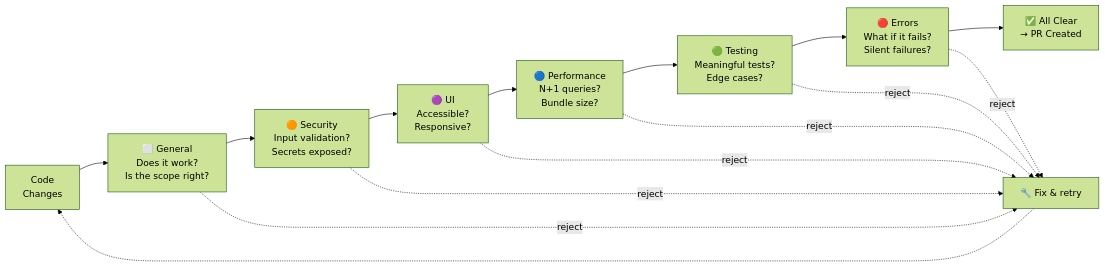
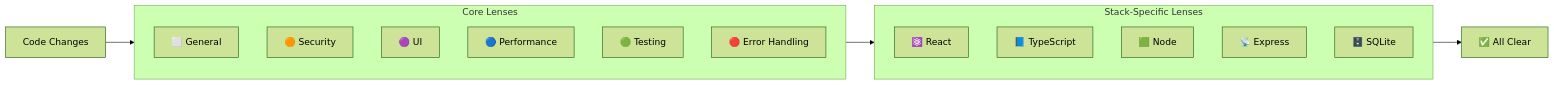
One commit to reffdev/auto-swe changed the seventh of 10 diagrams in docs/architecture/00-how-it-works.md. Above: the diagram before and after it, drawn with Mermaid (forest theme). The commit also changed other lines of this file and 18 other files, not shown here.

````diff
--- a/docs/architecture/00-how-it-works.md
+++ b/docs/architecture/00-how-it-works.md
@@ -110,18 +203,21 @@
 ```mermaid
 graph LR
-    Code["Code\nChanges"] --> G["⬜ General\nDoes it work?\nIs the scope right?"]
-    G --> S["🟠 Security\nInput validation?\nSecrets exposed?"]
-    S --> U["🟣 UI\nAccessible?\nResponsive?"]
-    U --> P["🔵 Performance\nN+1 queries?\nBundle size?"]
-    P --> T["🟢 Testing\nMeaningful tests?\nEdge cases?"]
-    T --> E["🔴 Errors\nWhat if it fails?\nSilent failures?"]
-    E --> Done["✅ All Clear\n→ PR Created"]
+    subgraph Core["Core Lenses"]
+        G["⬜ General"]
+        S["🟠 Security"]
+        U["🟣 UI"]
+        P["🔵 Performance"]
+        T["🟢 Testing"]
+        E["🔴 Error Handling"]
+    end
 
-    G -.->|"reject"| Fix["🔧 Fix & retry"]
-    S -.->|"reject"| Fix
-    U -.->|"reject"| Fix
-    P -.->|"reject"| Fix
-    T -.->|"reject"| Fix
-    E -.->|"reject"| Fix
-    Fix -.-> Code
+    subgraph Stack["Stack-Specific Lenses"]
+        R["⚛️ React"]
+        TS["📘 TypeScript"]
+        N["🟩 Node"]
+        EX["📡 Express"]
+        SQ["🗄️ SQLite"]
+    end
+
+    Code["Code Changes"] --> Core --> Stack --> Done["✅ All Clear"]
 ```
````
